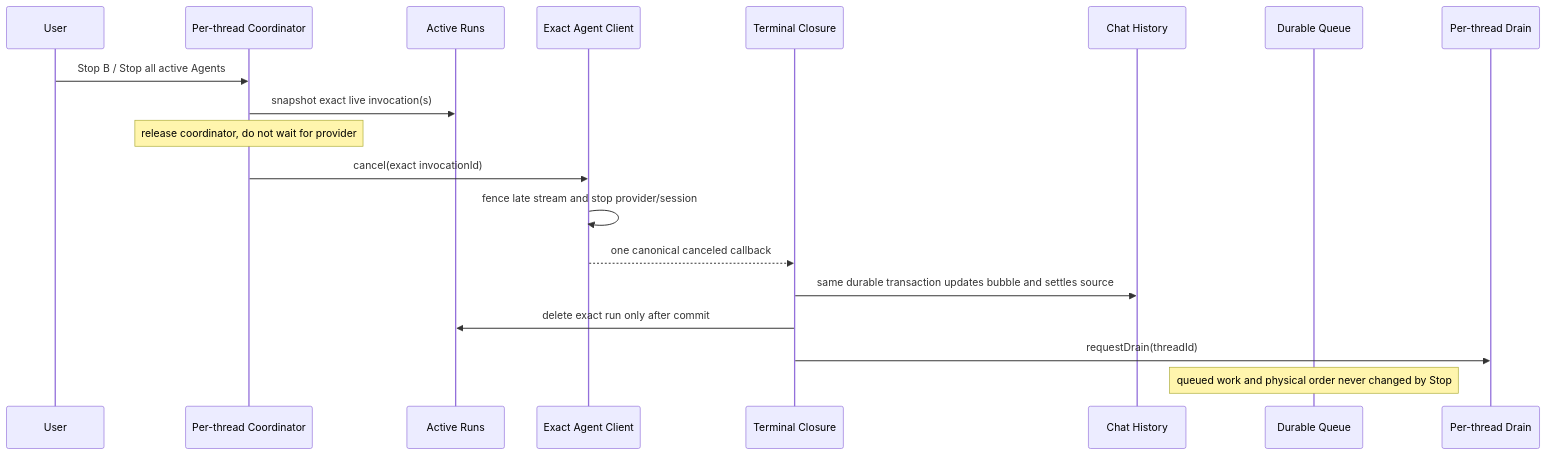
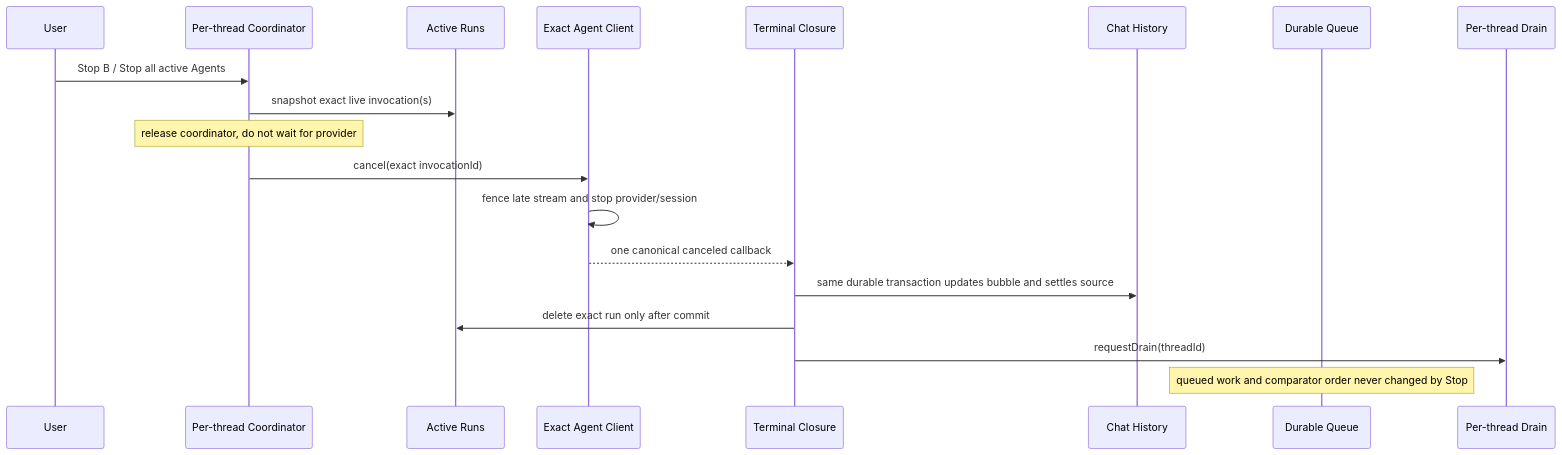
One commit to zts212653/clowder-ai changed the fifth of 8 diagrams in docs/architecture/message-delivery-handling-handoff-audit.md. Above: the diagram before and after it, drawn with Mermaid. The commit also changed other lines of this file, not shown here.

First line of the commit message:
docs(architecture): clarify Queue lifecycle contracts

````diff
--- a/docs/architecture/message-delivery-handling-handoff-audit.md
+++ b/docs/architecture/message-delivery-handling-handoff-audit.md
@@ -239,22 +239,22 @@
 ```mermaid
 sequenceDiagram
     participant U as User
     participant C as Per-thread Coordinator
     participant R as Active Runs
     participant A as Exact Agent Client
     participant T as Terminal Closure
     participant H as Chat History
     participant Q as Durable Queue
     participant D as Per-thread Drain
 
     U->>C: Stop B / Stop all active Agents
     C->>R: snapshot exact live invocation(s)
     Note over C: release coordinator, do not wait for provider
     C->>A: cancel(exact invocationId)
     A->>A: fence late stream and stop provider/session
     A-->>T: one canonical canceled callback
     T->>H: same durable transaction updates bubble and settles source
     T->>R: delete exact run only after commit
     T->>D: requestDrain(threadId)
-    Note over Q: queued work and physical order never changed by Stop
+    Note over Q: queued work and comparator order never changed by Stop
 ```
````
